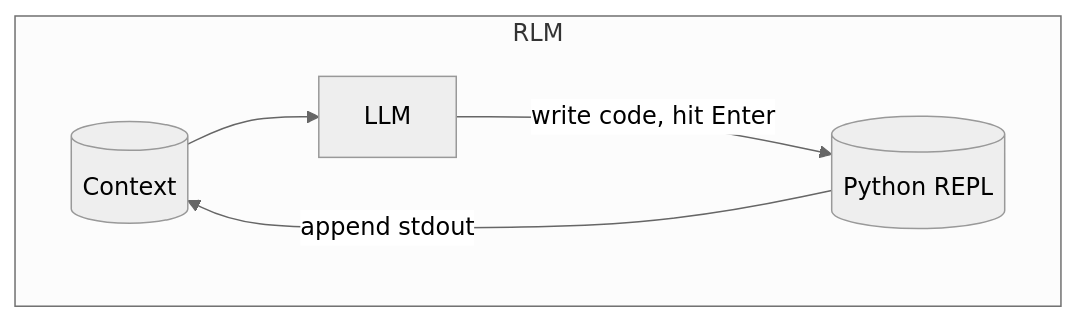
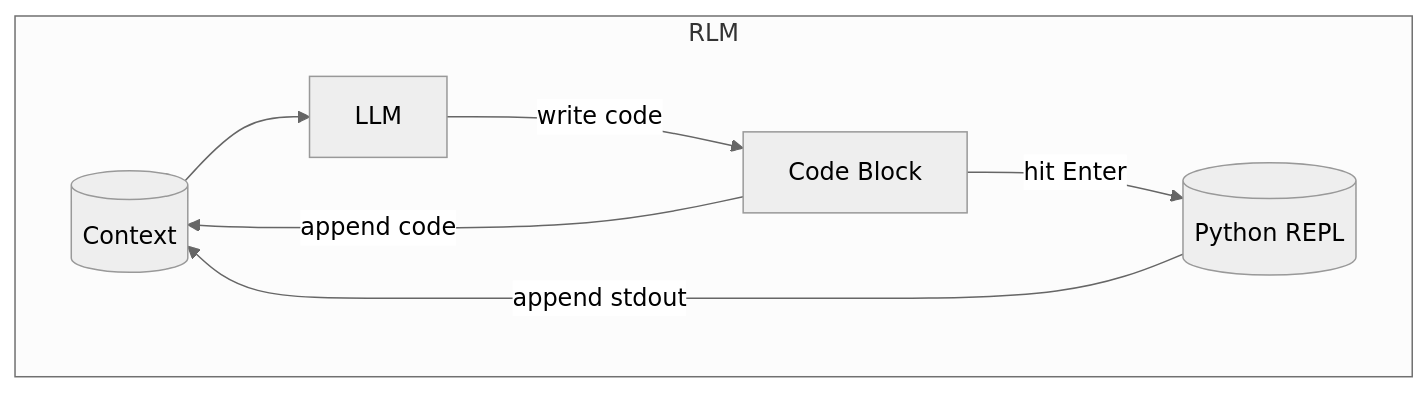
The second of 4 diagrams in README.md (tkellogg/dsh-rlm), drawn with Mermaid (neutral theme) before and after one commit. The commit also changed other lines of this file, not shown here.

````diff
--- a/README.md
+++ b/README.md
@@ -20,7 +20,9 @@
 ```mermaid
 flowchart TD
     subgraph RLM
-        ctx[(Context)] --> LLM -->|write code, hit Enter| repl[(Python REPL)]
+        ctx[(Context)] --> LLM -->|write code| block[Code Block] -->|hit Enter| repl[(Python REPL)]
+        block -->|append code| ctx
         repl -->|append stdout| ctx
     end
+
 ```
````
